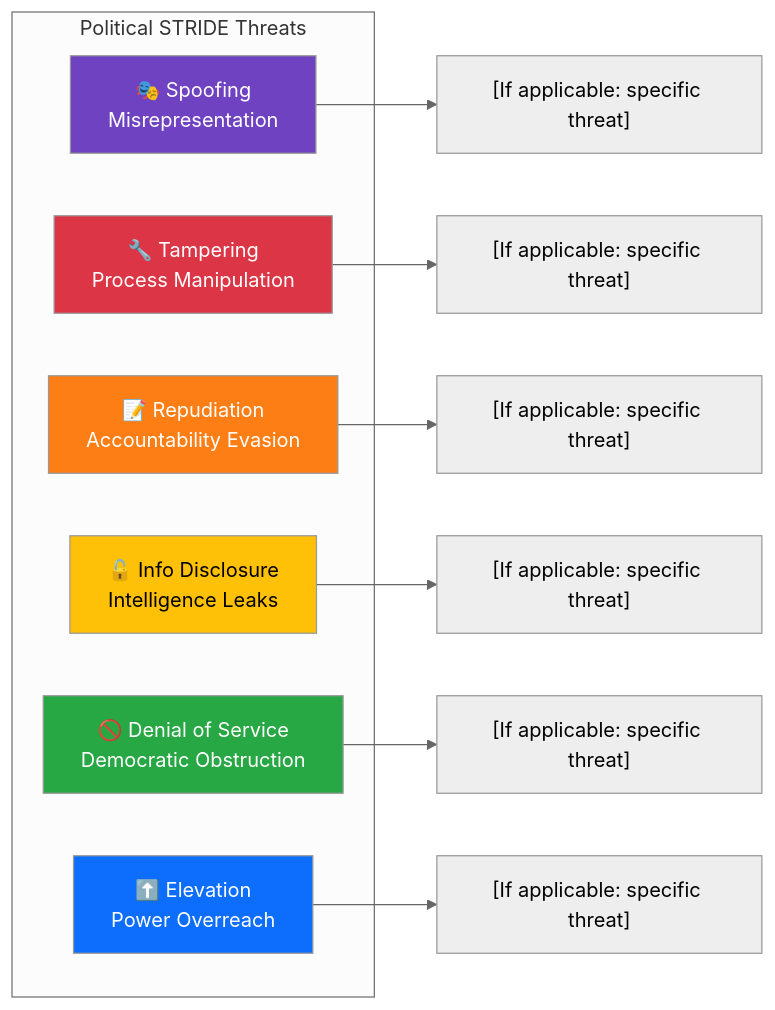
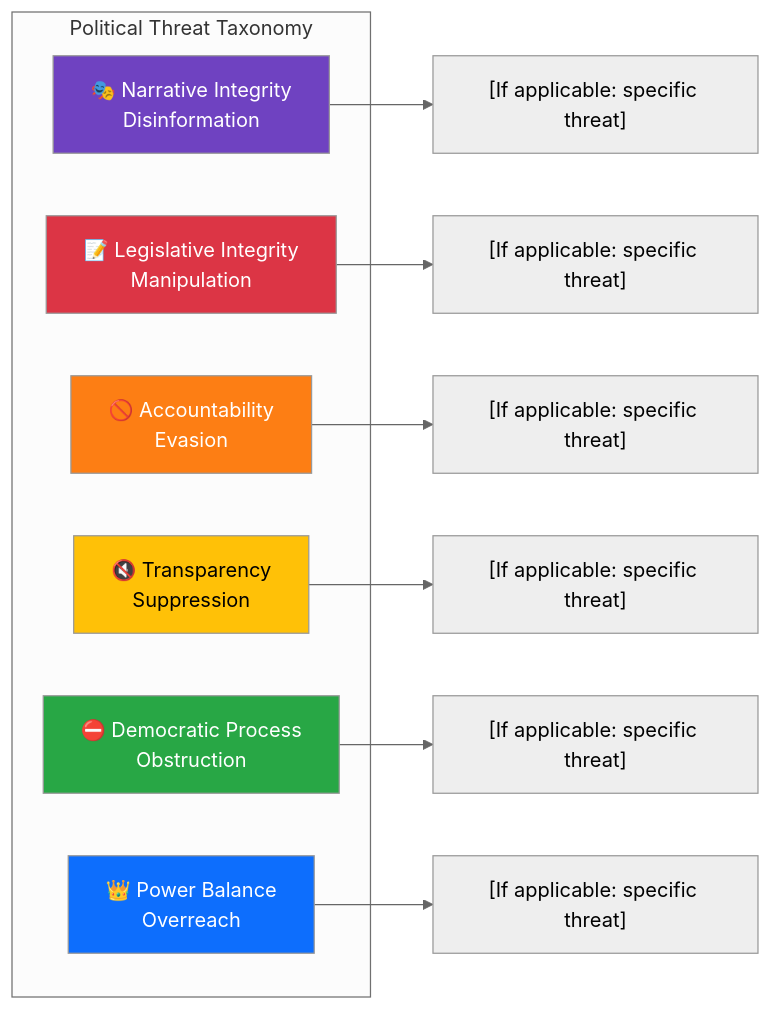
The fourth of 5 diagrams in analysis/templates/per-file-political-intelligence.md (Hack23/riksdagsmonitor), drawn with Mermaid (neutral theme) before and after one commit. The commit also changed other lines of this file and 5 other files, not shown here.

First line of the commit message:
Remove ALL STRIDE/PRIDES references — replace with Political Threat Taxonomy in methodologies, templates, and prompts

````diff
--- a/analysis/templates/per-file-political-intelligence.md
+++ b/analysis/templates/per-file-political-intelligence.md
@@ -205,25 +205,25 @@
 ```mermaid
 graph LR
-    subgraph "Political STRIDE Threats"
-        S["🎭 Spoofing<br/>Misrepresentation"]
-        T["🔧 Tampering<br/>Process Manipulation"]
-        R["📝 Repudiation<br/>Accountability Evasion"]
-        I["🔓 Info Disclosure<br/>Intelligence Leaks"]
-        D["🚫 Denial of Service<br/>Democratic Obstruction"]
-        E["⬆️ Elevation<br/>Power Overreach"]
+    subgraph "Political Threat Taxonomy"
+        NI["🎭 Narrative Integrity<br/>Disinformation"]
+        LI["📝 Legislative Integrity<br/>Manipulation"]
+        AC["🚫 Accountability<br/>Evasion"]
+        TR["🔇 Transparency<br/>Suppression"]
+        DP["⛔ Democratic Process<br/>Obstruction"]
+        PB["👑 Power Balance<br/>Overreach"]
     end
     
-    S --> S1["[If applicable: specific threat]"]
-    T --> T1["[If applicable: specific threat]"]
-    R --> R1["[If applicable: specific threat]"]
-    I --> I1["[If applicable: specific threat]"]
-    D --> D1["[If applicable: specific threat]"]
-    E --> E1["[If applicable: specific threat]"]
+    NI --> NI1["[If applicable: specific threat]"]
+    LI --> LI1["[If applicable: specific threat]"]
+    AC --> AC1["[If applicable: specific threat]"]
+    TR --> TR1["[If applicable: specific threat]"]
+    DP --> DP1["[If applicable: specific threat]"]
+    PB --> PB1["[If applicable: specific threat]"]
     
-    style S fill:#6f42c1,color:#fff
-    style T fill:#dc3545,color:#fff
-    style R fill:#fd7e14,color:#fff
-    style I fill:#ffc107,color:#000
-    style D fill:#28a745,color:#fff
-    style E fill:#0d6efd,color:#fff
+    style NI fill:#6f42c1,color:#fff
+    style LI fill:#dc3545,color:#fff
+    style AC fill:#fd7e14,color:#fff
+    style TR fill:#ffc107,color:#000
+    style DP fill:#28a745,color:#fff
+    style PB fill:#0d6efd,color:#fff
 ```
````
